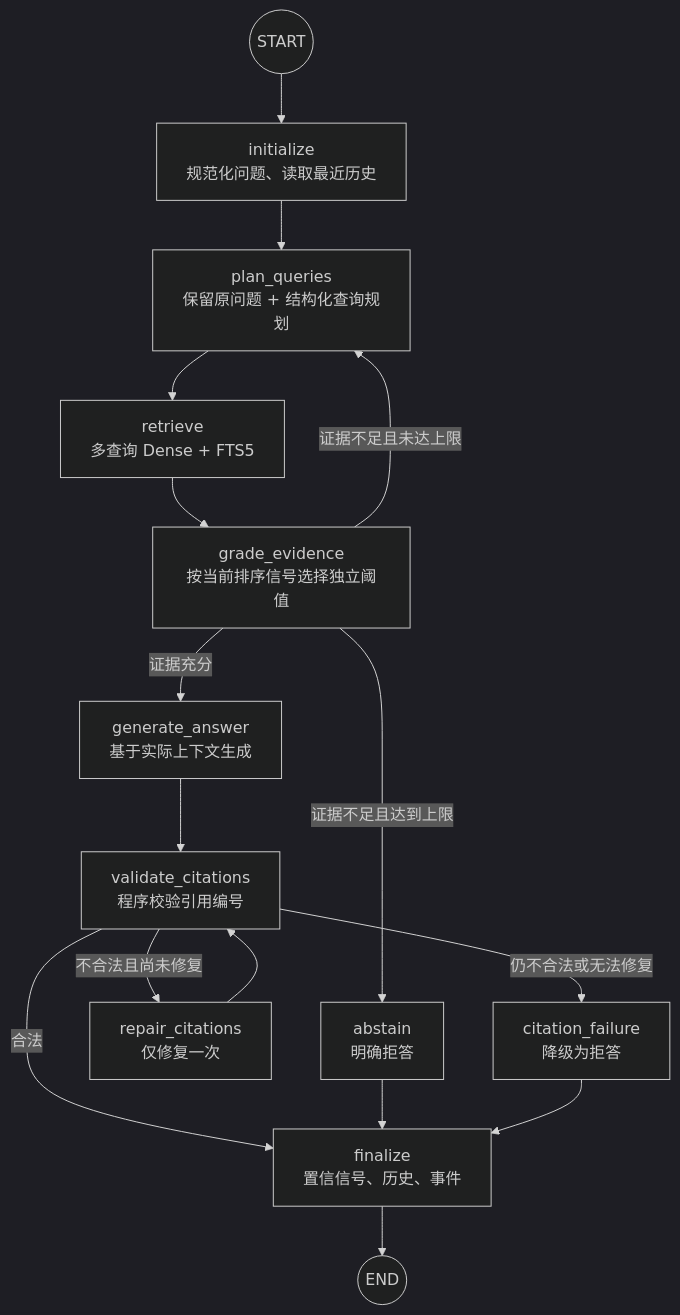
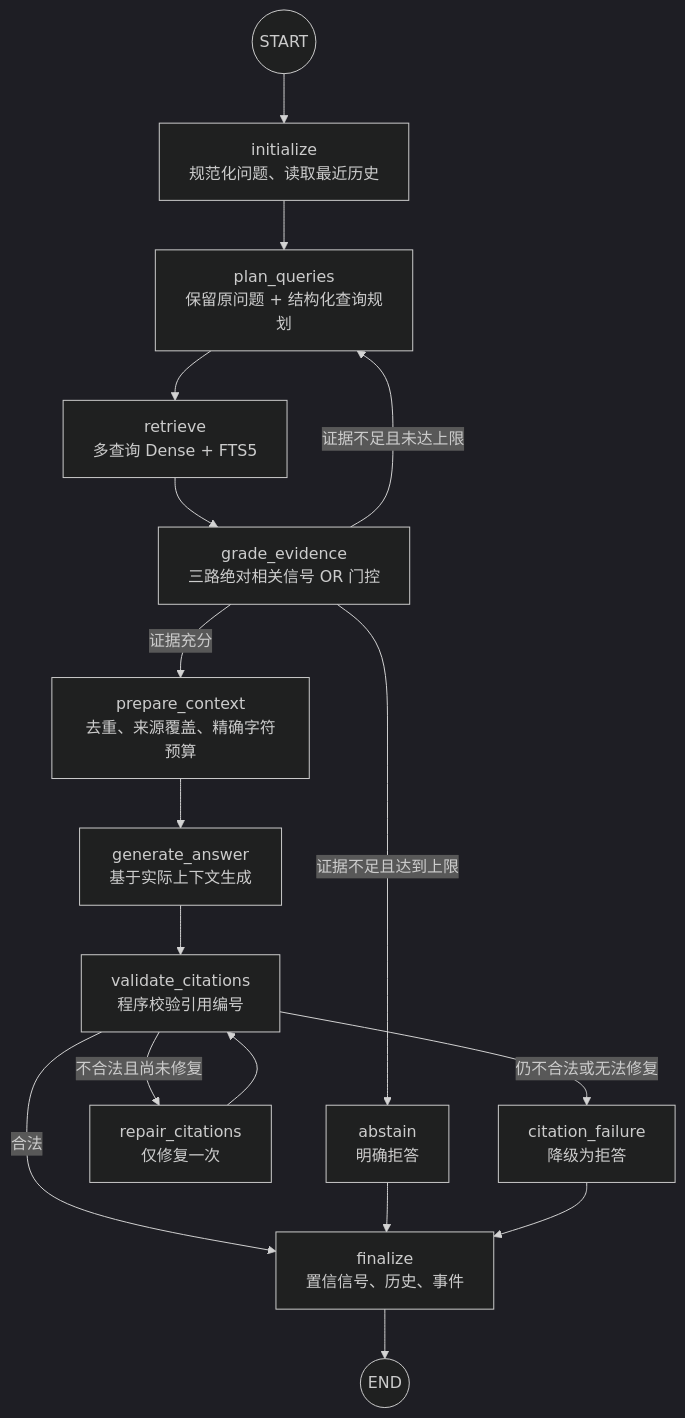
One commit to xcl2005/RAG-Agent changed the second of 4 diagrams in docs/architecture.md. Above: the diagram before and after it, drawn with Mermaid (dark theme). The commit also changed other lines of this file and 36 other files, not shown here.

Commit message:
feat: improve evidence context and add offline evals and unified handbook

````diff
--- a/docs/architecture.md
+++ b/docs/architecture.md
@@ -66,21 +66,22 @@
 ```mermaid
 flowchart TD
     Start((START)) --> Init["initialize<br/>规范化问题、读取最近历史"]
     Init --> Plan["plan_queries<br/>保留原问题 + 结构化查询规划"]
     Plan --> Retrieve["retrieve<br/>多查询 Dense + FTS5"]
-    Retrieve --> Grade["grade_evidence<br/>按当前排序信号选择独立阈值"]
+    Retrieve --> Grade["grade_evidence<br/>三路绝对相关信号 OR 门控"]
 
-    Grade -->|"证据充分"| Generate["generate_answer<br/>基于实际上下文生成"]
+    Grade -->|"证据充分"| Context["prepare_context<br/>去重、来源覆盖、精确字符预算"]
+    Context --> Generate["generate_answer<br/>基于实际上下文生成"]
     Grade -->|"证据不足且未达上限"| Plan
     Grade -->|"证据不足且达到上限"| Abstain["abstain<br/>明确拒答"]
 
     Generate --> Validate["validate_citations<br/>程序校验引用编号"]
     Validate -->|"合法"| Finalize["finalize<br/>置信信号、历史、事件"]
     Validate -->|"不合法且尚未修复"| Repair["repair_citations<br/>仅修复一次"]
     Repair --> Validate
     Validate -->|"仍不合法或无法修复"| CitationFailure["citation_failure<br/>降级为拒答"]
 
     Abstain --> Finalize
     CitationFailure --> Finalize
     Finalize --> End((END))
 ```
````
